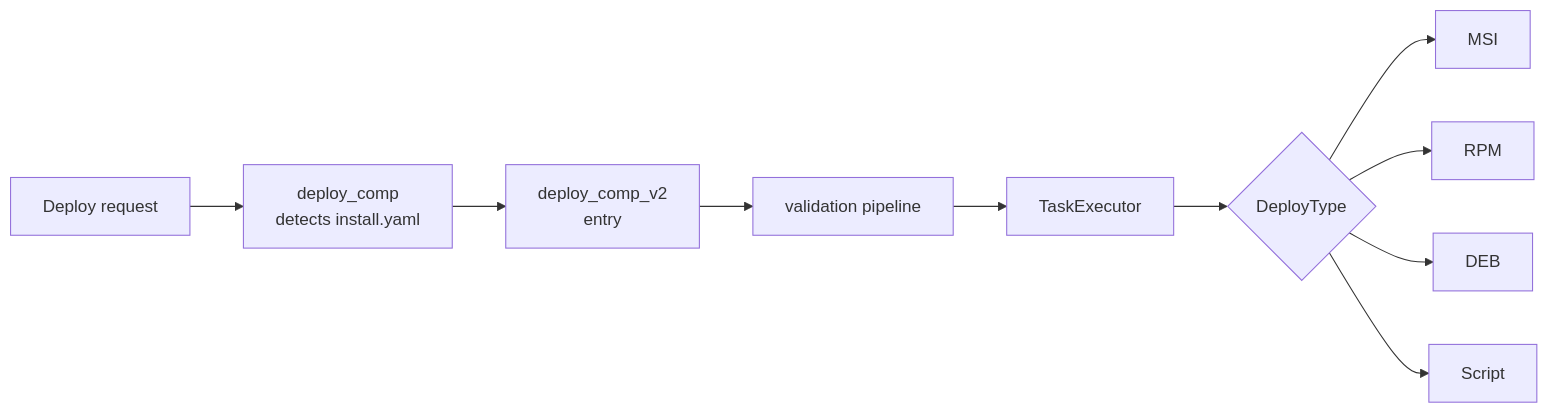
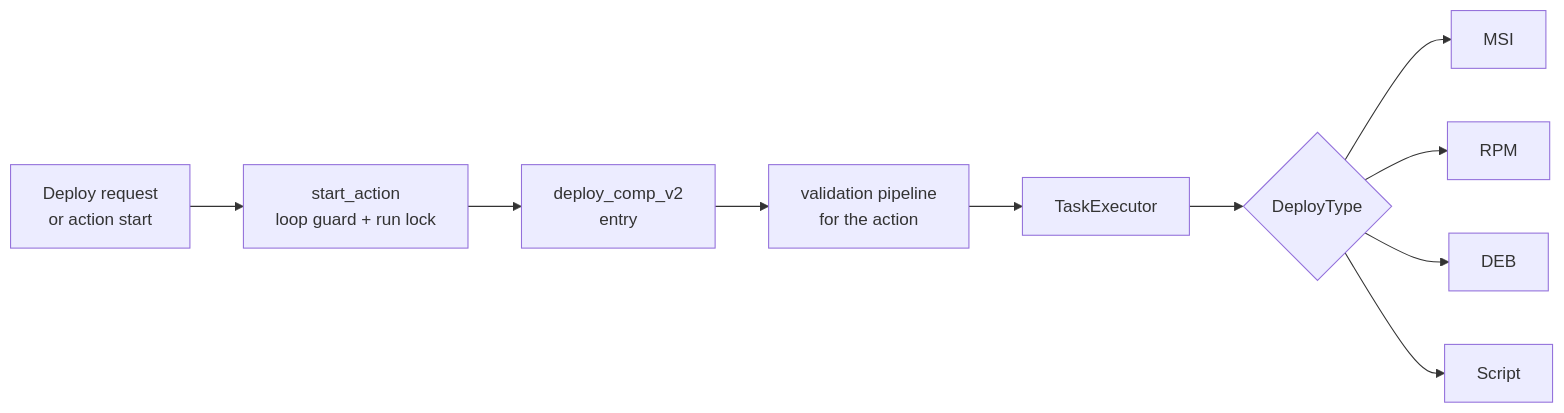
One commit to getappsh/docs changed the third of 3 diagrams in docs/root/user-docs/developer/deploy/v2/how-it-works.md. Above: the diagram before and after it, drawn with Mermaid. The commit also changed other lines of this file and 10 other files, not shown here.

Commit message:
docs(deploy-v2): document lifecycle actions, config placeholders, action run modes and start checks

````diff
--- a/docs/root/user-docs/developer/deploy/v2/how-it-works.md
+++ b/docs/root/user-docs/developer/deploy/v2/how-it-works.md
@@ -154,12 +163,12 @@
 ```mermaid
 flowchart LR
-    Req[Deploy request] --> DC[deploy_comp<br/>detects install.yaml]
-    DC --> V2[deploy_comp_v2<br/>entry]
-    V2 --> VAL[validation pipeline]
+    Req[Deploy request<br/>or action start] --> SA[start_action<br/>loop guard + run lock]
+    SA --> V2[deploy_comp_v2<br/>entry]
+    V2 --> VAL[validation pipeline<br/>for the action]
     VAL --> EX[TaskExecutor]
     EX --> H{DeployType}
     H --> MSI
     H --> RPM
     H --> DEB
     H --> Script
 ```
````
